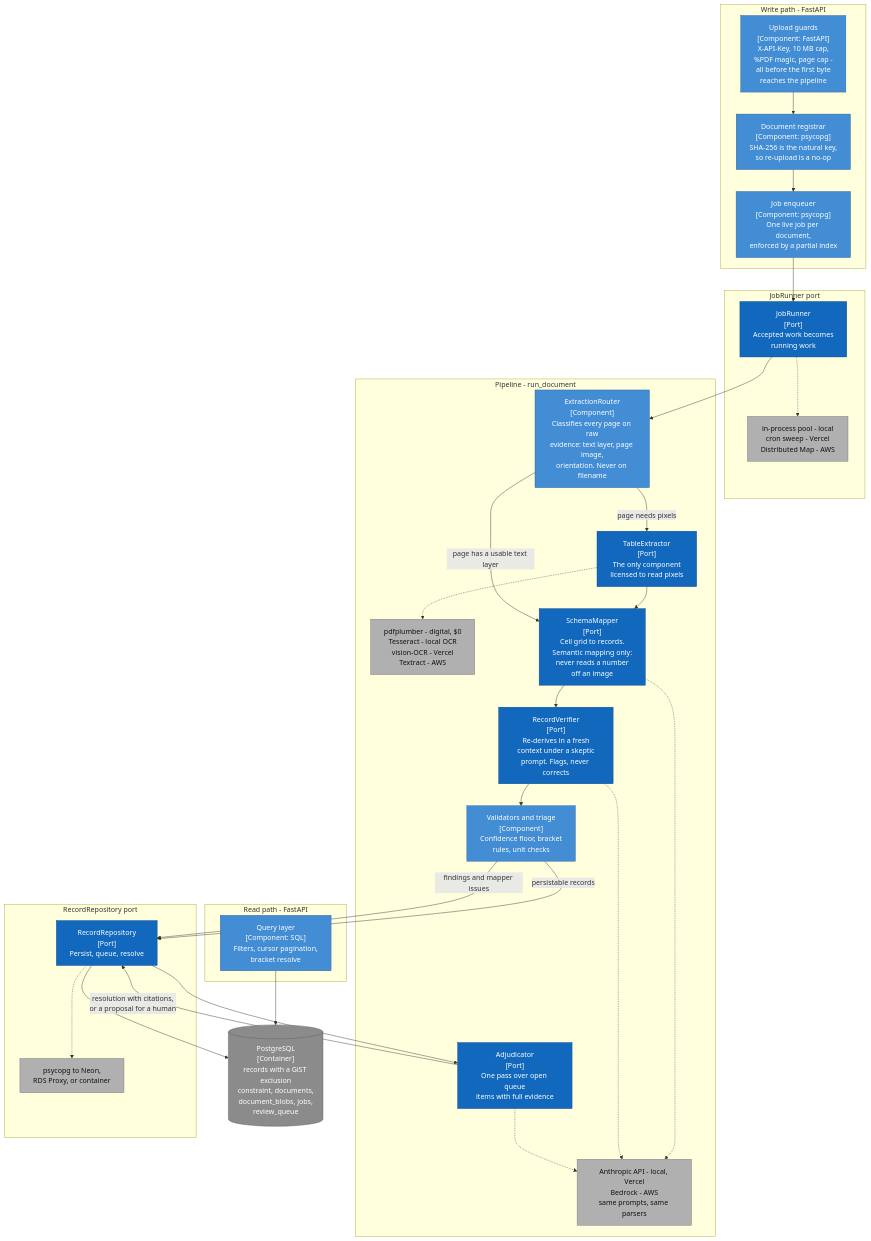
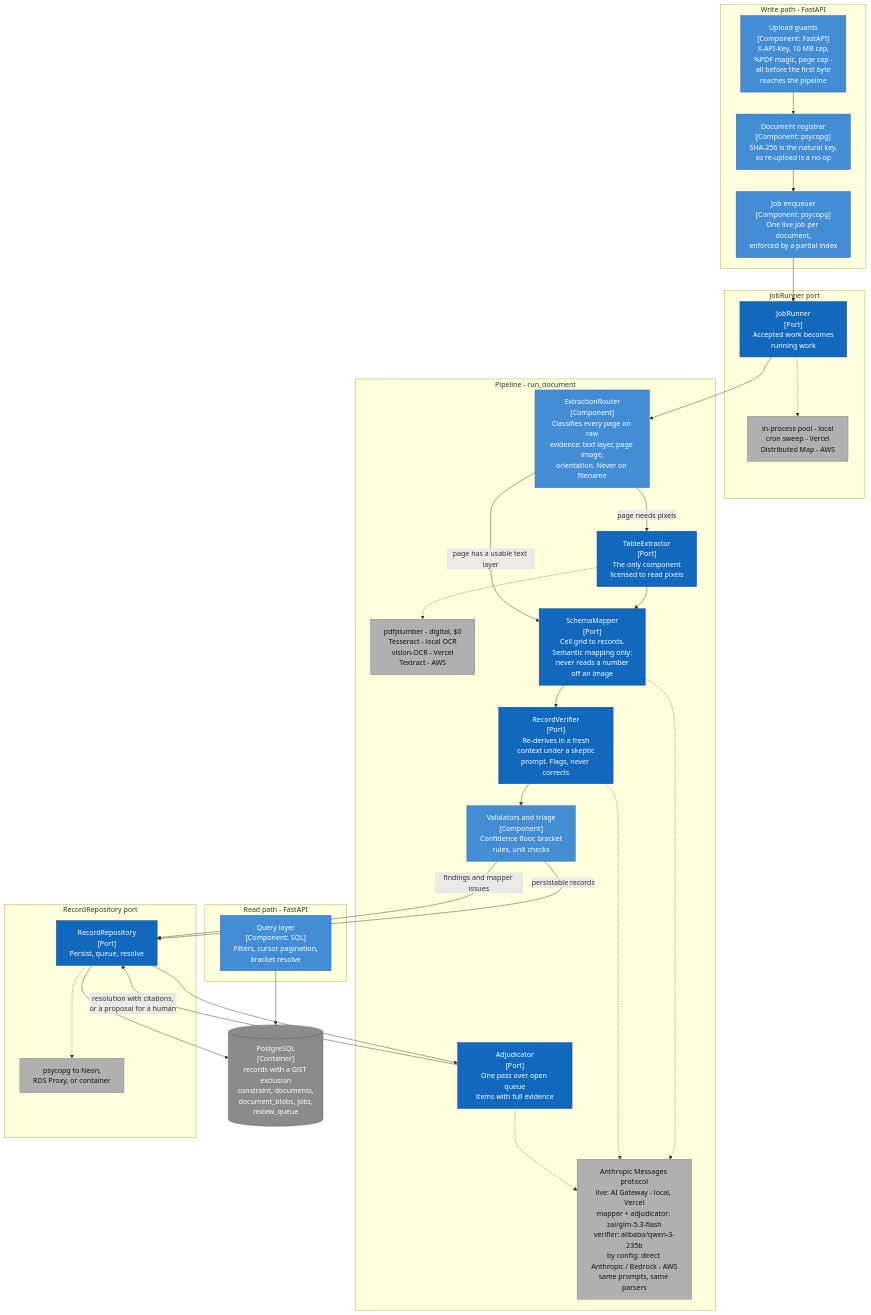
The second of 2 diagrams in README.md (Rocuts/Auxis), drawn with Mermaid before and after one commit. The commit also changed other lines of this file and 6 other files, not shown here.

````diff
--- a/README.md
+++ b/README.md
@@ -128,65 +128,65 @@
 ```mermaid
 flowchart TB
     classDef comp fill:#438dd5,stroke:#2e6295,color:#ffffff
     classDef port fill:#1168bd,stroke:#0b4884,color:#ffffff
     classDef adapter fill:#b0b0b0,stroke:#7a7a7a,color:#111111
     classDef store fill:#8b8b8b,stroke:#5f5f5f,color:#ffffff
 
     subgraph api_b["Write path - FastAPI"]
         guards["Upload guards<br/>[Component: FastAPI]<br/>X-API-Key, 10 MB cap,<br/>%PDF magic, page cap -<br/>all before the first byte<br/>reaches the pipeline"]
         registrar["Document registrar<br/>[Component: psycopg]<br/>SHA-256 is the natural key,<br/>so re-upload is a no-op"]
         enqueue["Job enqueuer<br/>[Component: psycopg]<br/>One live job per document,<br/>enforced by a partial index"]
     end
 
     subgraph read_b["Read path - FastAPI"]
         queries["Query layer<br/>[Component: SQL]<br/>Filters, cursor pagination,<br/>bracket resolve"]
     end
 
     subgraph runner_b["JobRunner port"]
         runner["JobRunner<br/>[Port]<br/>Accepted work becomes<br/>running work"]
         runner_a["in-process pool - local<br/>cron sweep - Vercel<br/>Distributed Map - AWS"]
     end
 
     subgraph pipe_b["Pipeline - run_document"]
         router["ExtractionRouter<br/>[Component]<br/>Classifies every page on raw<br/>evidence: text layer, page image,<br/>orientation. Never on filename"]
         extractor["TableExtractor<br/>[Port]<br/>The only component<br/>licensed to read pixels"]
         extractor_a["pdfplumber - digital, $0<br/>Tesseract - local OCR<br/>vision-OCR - Vercel<br/>Textract - AWS"]
         mapper["SchemaMapper<br/>[Port]<br/>Cell grid to records.<br/>Semantic mapping only:<br/>never reads a number<br/>off an image"]
         verifier["RecordVerifier<br/>[Port]<br/>Re-derives in a fresh<br/>context under a skeptic<br/>prompt. Flags, never corrects"]
         triage["Validators and triage<br/>[Component]<br/>Confidence floor, bracket<br/>rules, unit checks"]
         adjudicator["Adjudicator<br/>[Port]<br/>One pass over open queue<br/>items with full evidence"]
-        semantic_a["Anthropic API - local, Vercel<br/>Bedrock - AWS<br/>same prompts, same parsers"]
+        semantic_a["Anthropic Messages protocol<br/>live: AI Gateway - local, Vercel<br/>mapper + adjudicator: zai/glm-5.3-flash<br/>verifier: alibaba/qwen-3-235b<br/>by config: direct Anthropic / Bedrock - AWS<br/>same prompts, same parsers"]
     end
 
     subgraph repo_b["RecordRepository port"]
         repo["RecordRepository<br/>[Port]<br/>Persist, queue, resolve"]
         repo_a["psycopg to Neon,<br/>RDS Proxy, or container"]
     end
 
     db[("PostgreSQL<br/>[Container]<br/>records with a GiST exclusion<br/>constraint, documents,<br/>document_blobs, jobs,<br/>review_queue")]
 
     guards --> registrar --> enqueue --> runner
     runner --> router
     router -->|"page needs pixels"| extractor
     extractor --> mapper
     router -->|"page has a usable text layer"| mapper
     mapper --> verifier --> triage
     triage -->|"persistable records"| repo
     triage -->|"findings and mapper issues"| repo
     repo --> adjudicator
     adjudicator -->|"resolution with citations,<br/>or a proposal for a human"| repo
     repo --> db
     queries --> db
 
     extractor -.-> extractor_a
     mapper -.-> semantic_a
     verifier -.-> semantic_a
     adjudicator -.-> semantic_a
     runner -.-> runner_a
     repo -.-> repo_a
 
     class guards,registrar,enqueue,queries,router,triage comp
     class runner,extractor,mapper,verifier,adjudicator,repo port
     class runner_a,extractor_a,semantic_a,repo_a adapter
     class db store
 ```
````
